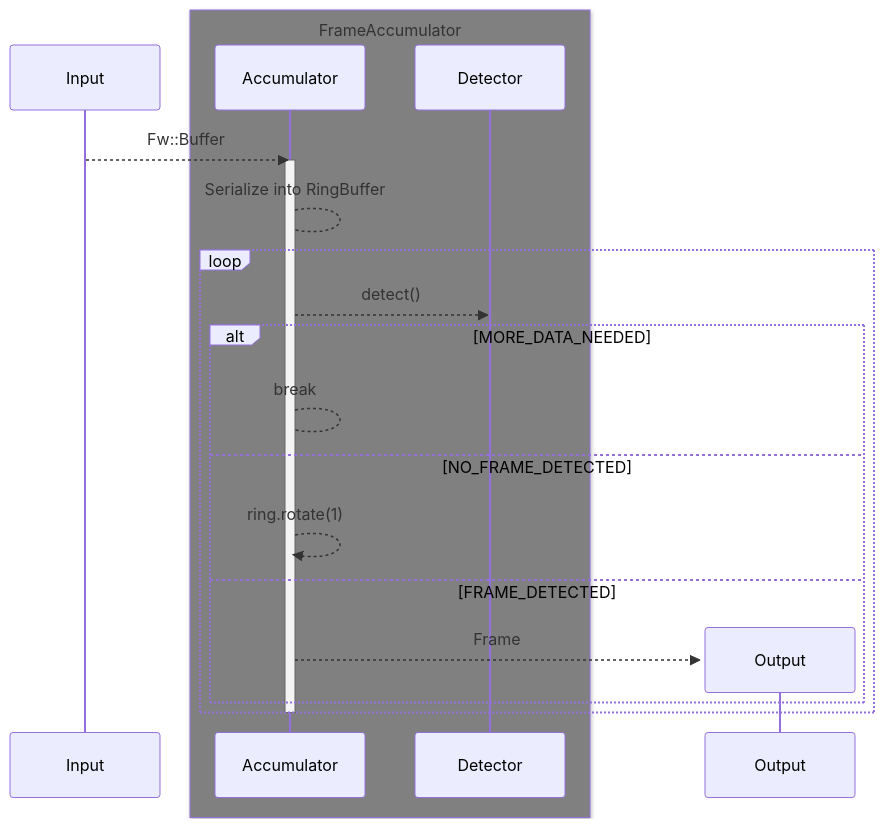
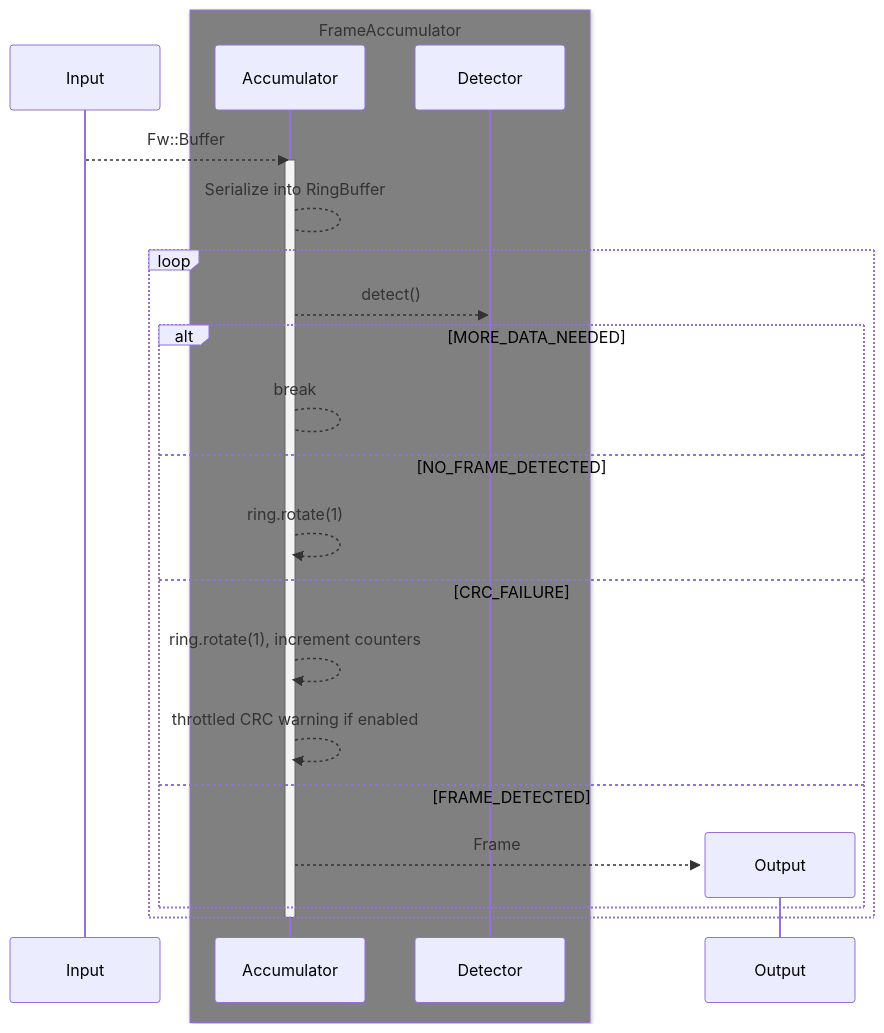
Before and after one commit to nasa/fprime: the first of 2 diagrams in Svc/FrameAccumulator/docs/sdd.md, drawn with Mermaid. The commit also changed other lines of this file and 15 other files, not shown here.

Commit message:
FrameAccumulator: Report throttled CRC failures

````diff
--- a/Svc/FrameAccumulator/docs/sdd.md
+++ b/Svc/FrameAccumulator/docs/sdd.md
@@ -29,25 +45,28 @@
 ```mermaid
 sequenceDiagram
     participant I as Input
     box Grey FrameAccumulator
     participant A as Accumulator
     participant D as Detector
     end
 
     I-->>A: Fw::Buffer
     activate A
     A-->A: Serialize into RingBuffer
     loop 
         A-->>D: detect()
         alt MORE_DATA_NEEDED
             A-->A: break
         else NO_FRAME_DETECTED
             A-->>A: ring.rotate(1)
+        else CRC_FAILURE
+            A-->>A: ring.rotate(1), increment counters
+            A-->>A: throttled CRC warning if enabled
         else FRAME_DETECTED
             create participant Z as Output
             A-->>Z: Frame
         end
     end
     deactivate A
     destroy O
 ```
````
